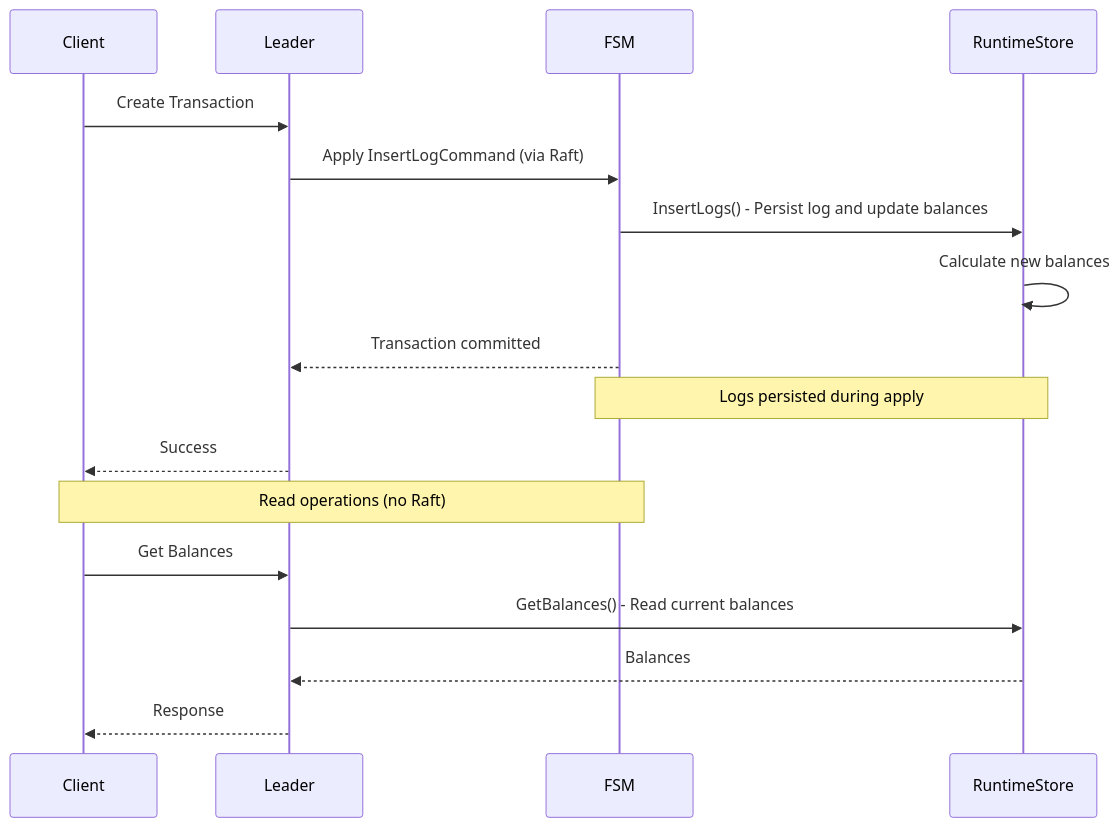
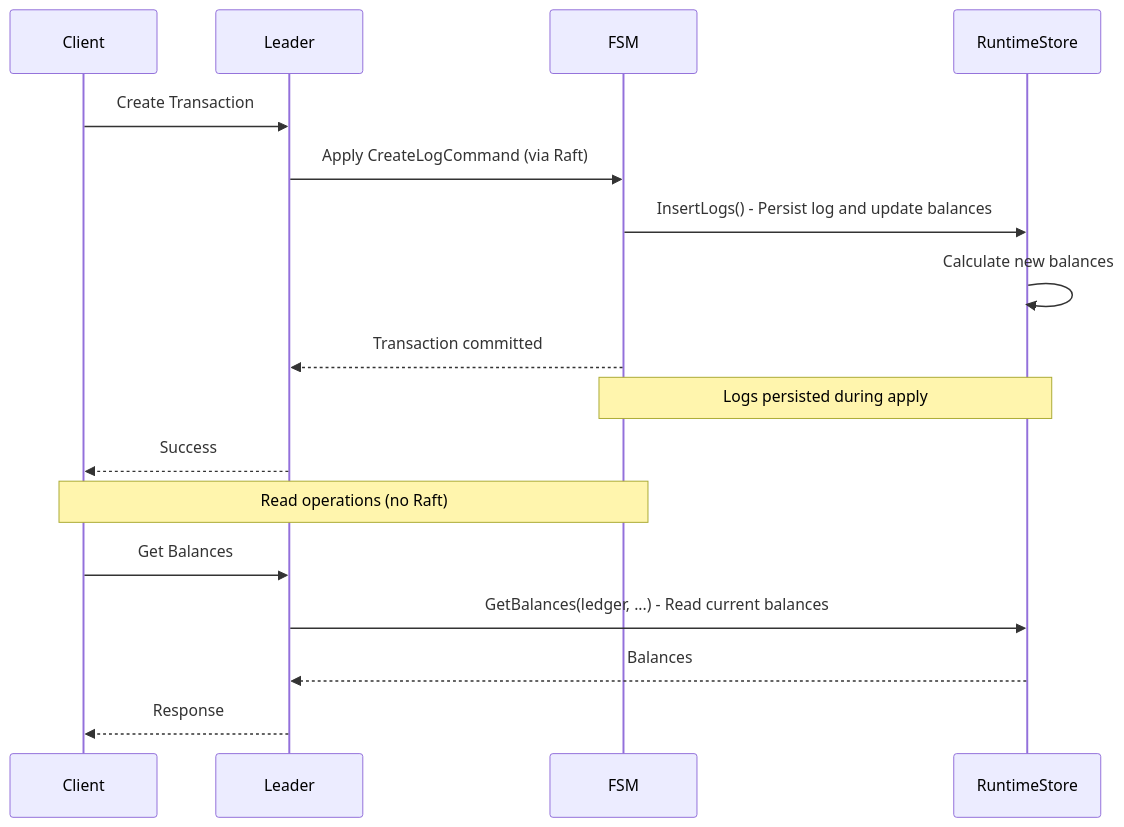
Before and after one commit to formancehq/ledger: the fourth of 4 diagrams in docs/buckets-ledgers.md, drawn with Mermaid. The commit also changed other lines of this file and 41 other files, not shown here.

````diff
--- a/docs/buckets-ledgers.md
+++ b/docs/buckets-ledgers.md
@@ -253,21 +250,21 @@
 ```mermaid
 sequenceDiagram
     participant Client
     participant Leader
     participant FSM
     participant RuntimeStore
     
     Client->>Leader: Create Transaction
-    Leader->>FSM: Apply InsertLogCommand (via Raft)
+    Leader->>FSM: Apply CreateLogCommand (via Raft)
     FSM->>RuntimeStore: InsertLogs() - Persist log and update balances
     RuntimeStore->>RuntimeStore: Calculate new balances
     FSM-->>Leader: Transaction committed
     Note over FSM,RuntimeStore: Logs persisted during apply
     Leader-->>Client: Success
     
     Note over Client,FSM: Read operations (no Raft)
     Client->>Leader: Get Balances
-    Leader->>RuntimeStore: GetBalances() - Read current balances
+    Leader->>RuntimeStore: GetBalances(ledger, ...) - Read current balances
     RuntimeStore-->>Leader: Balances
     Leader-->>Client: Response
 ```
````
